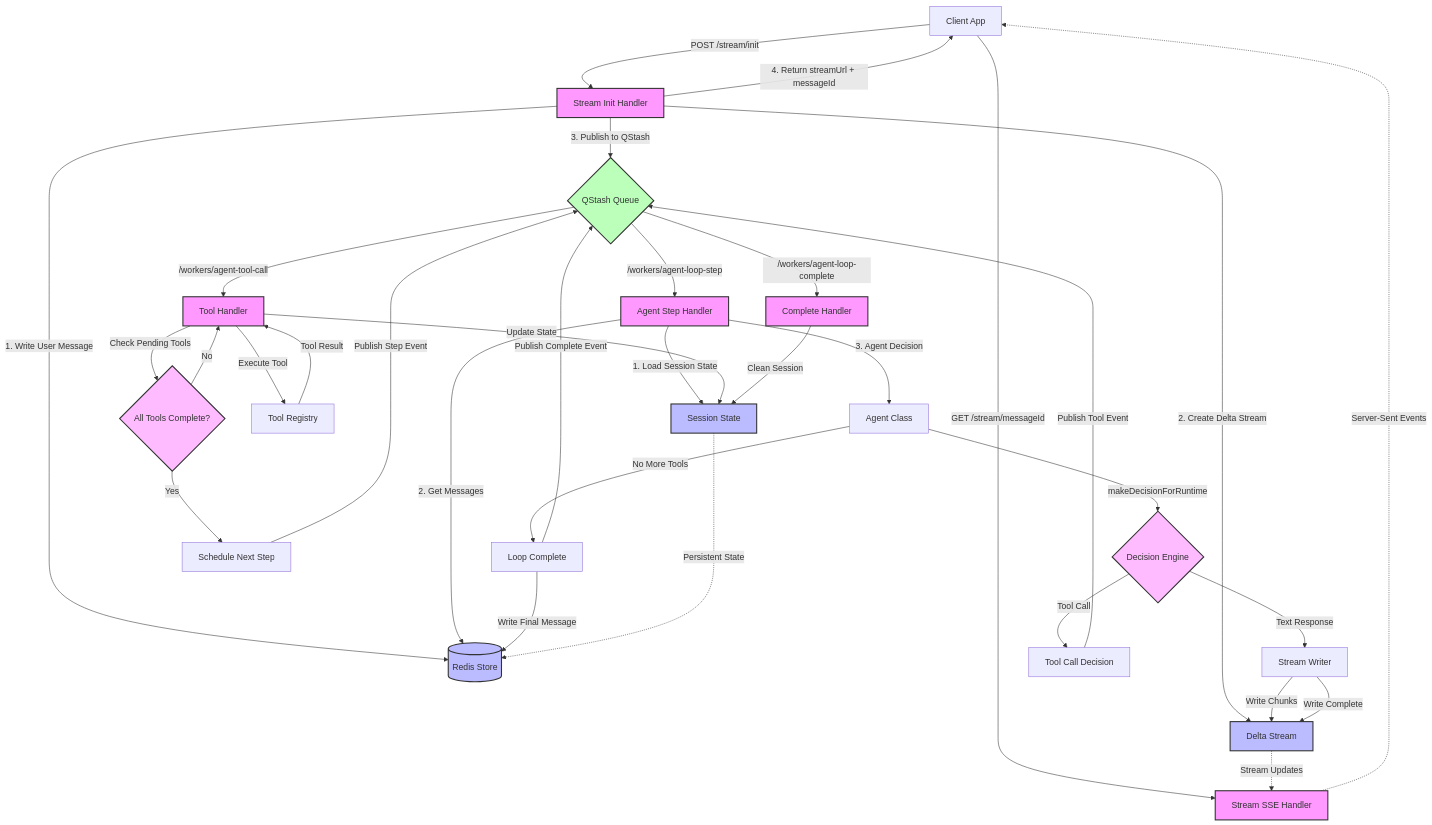
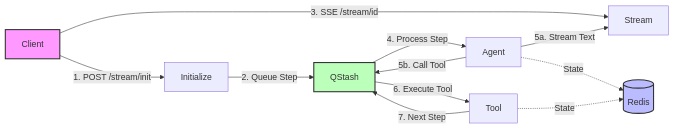
One commit to lightfastai/lightfast changed the diagram in apps/experimental/README.md. Above: the diagram before and after it, drawn with Mermaid. The commit also changed other lines of this file, not shown here.

Commit message:
docs: simplify v2 agent architecture diagram
Streamlined the mermaid diagram to show only core workflow:
- Linear flow with 7 numbered steps
- 5 main components (Client, QStash, Agent, Tool, Stream, Redis)
- Essential state-machine pattern without implementation details
- Clear bullet-point explanation

🤖 Generated with [Claude Code](https://claude.ai/code)

````diff
--- a/apps/experimental/README.md
+++ b/apps/experimental/README.md
@@ -163,65 +163,24 @@
 ```mermaid
-graph TD
-    %% Client Request Flow
-    Client[Client App] -->|POST /stream/init| StreamInit[Stream Init Handler]
+graph LR
+    %% Core Flow
+    Client[Client] -->|1. POST /stream/init| Init[Initialize]
+    Init -->|2. Queue Step| QStash[QStash]
+    Client -->|3. SSE /stream/id| Stream[Stream]
     
-    %% Stream Initialization
-    StreamInit -->|1. Write User Message| Redis[(Redis Store)]
-    StreamInit -->|2. Create Delta Stream| DeltaStream[Delta Stream]
-    StreamInit -->|3. Publish to QStash| QStash{QStash Queue}
-    StreamInit -->|4. Return streamUrl + messageId| Client
+    %% Agent Loop
+    QStash -->|4. Process Step| Agent[Agent]
+    Agent -->|5a. Stream Text| Stream
+    Agent -->|5b. Call Tool| QStash
     
-    %% SSE Connection
-    Client -->|GET /stream/messageId| StreamSSE[Stream SSE Handler]
-    StreamSSE -.->|Server-Sent Events| Client
-    DeltaStream -.->|Stream Updates| StreamSSE
+    %% Tool Execution
+    QStash -->|6. Execute Tool| Tool[Tool]
+    Tool -->|7. Next Step| QStash
     
-    %% Agent Loop Step Processing
-    QStash -->|/workers/agent-loop-step| StepHandler[Agent Step Handler]
-    StepHandler -->|1. Load Session State| SessionState[Session State]
-    StepHandler -->|2. Get Messages| Redis
-    StepHandler -->|3. Agent Decision| Agent[Agent Class]
+    %% State
+    Agent -.->|State| Redis[(Redis)]
+    Tool -.->|State| Redis
     
-    %% Agent Decision Flow
-    Agent -->|makeDecisionForRuntime| DecisionEngine{Decision Engine}
-    DecisionEngine -->|Text Response| StreamWriter[Stream Writer]
-    DecisionEngine -->|Tool Call| ToolCall[Tool Call Decision]
-    
-    %% Streaming Response
-    StreamWriter -->|Write Chunks| DeltaStream
-    StreamWriter -->|Write Complete| DeltaStream
-    
-    %% Tool Execution Flow
-    ToolCall -->|Publish Tool Event| QStash
-    QStash -->|/workers/agent-tool-call| ToolHandler[Tool Handler]
-    ToolHandler -->|Execute Tool| ToolRegistry[Tool Registry]
-    ToolRegistry -->|Tool Result| ToolHandler
-    
-    %% Tool Result Processing
-    ToolHandler -->|Update State| SessionState
-    ToolHandler -->|Check Pending Tools| PendingCheck{All Tools Complete?}
-    PendingCheck -->|No| ToolHandler
-    PendingCheck -->|Yes| NextStep[Schedule Next Step]
-    NextStep -->|Publish Step Event| QStash
-    
-    %% Loop Completion
-    Agent -->|No More Tools| LoopComplete[Loop Complete]
-    LoopComplete -->|Write Final Message| Redis
-    LoopComplete -->|Publish Complete Event| QStash
-    QStash -->|/workers/agent-loop-complete| CompleteHandler[Complete Handler]
-    CompleteHandler -->|Clean Session| SessionState
-    
-    %% State Storage
-    SessionState -.->|Persistent State| Redis
-    
-    %% Key Components
-    classDef handler fill:#f9f,stroke:#333,stroke-width:2px
-    classDef storage fill:#bbf,stroke:#333,stroke-width:2px
-    classDef queue fill:#bfb,stroke:#333,stroke-width:2px
-    classDef decision fill:#fbf,stroke:#333,stroke-width:2px
-    
-    class StreamInit,StreamSSE,StepHandler,ToolHandler,CompleteHandler handler
-    class Redis,SessionState,DeltaStream storage
-    class QStash queue
-    class DecisionEngine,PendingCheck decision
+    style Client fill:#f9f,stroke:#333,stroke-width:2px
+    style QStash fill:#bfb,stroke:#333,stroke-width:2px
+    style Redis fill:#bbf,stroke:#333,stroke-width:2px
 ```
````
